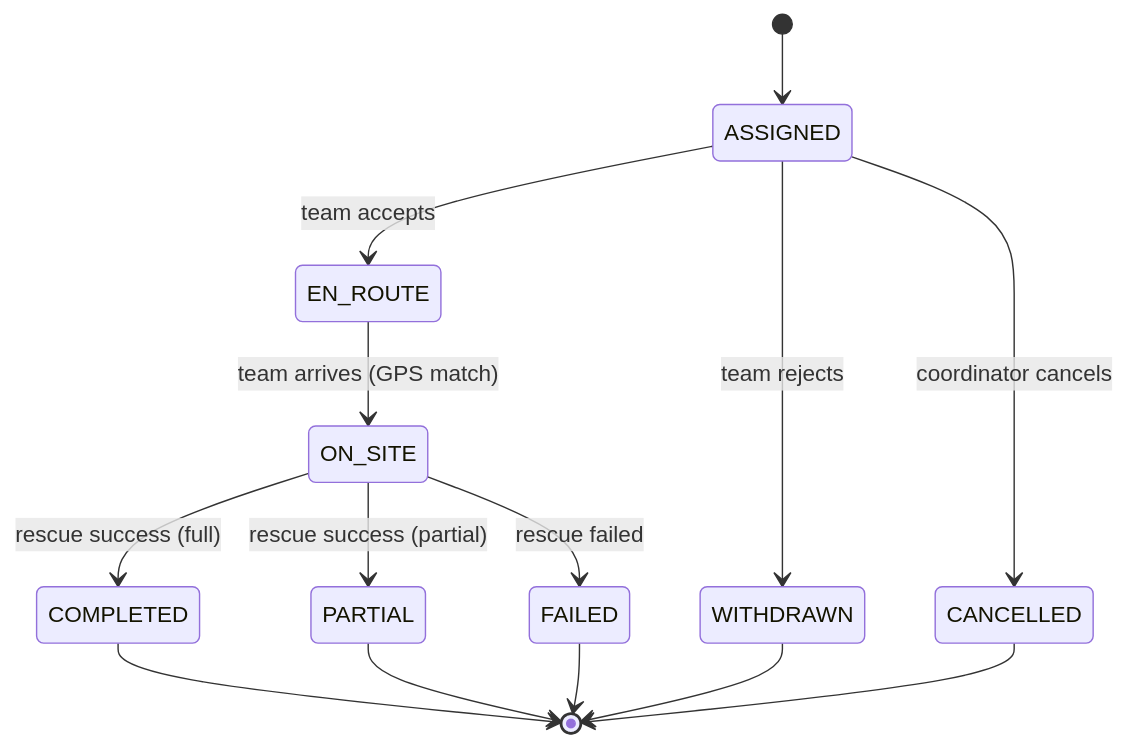
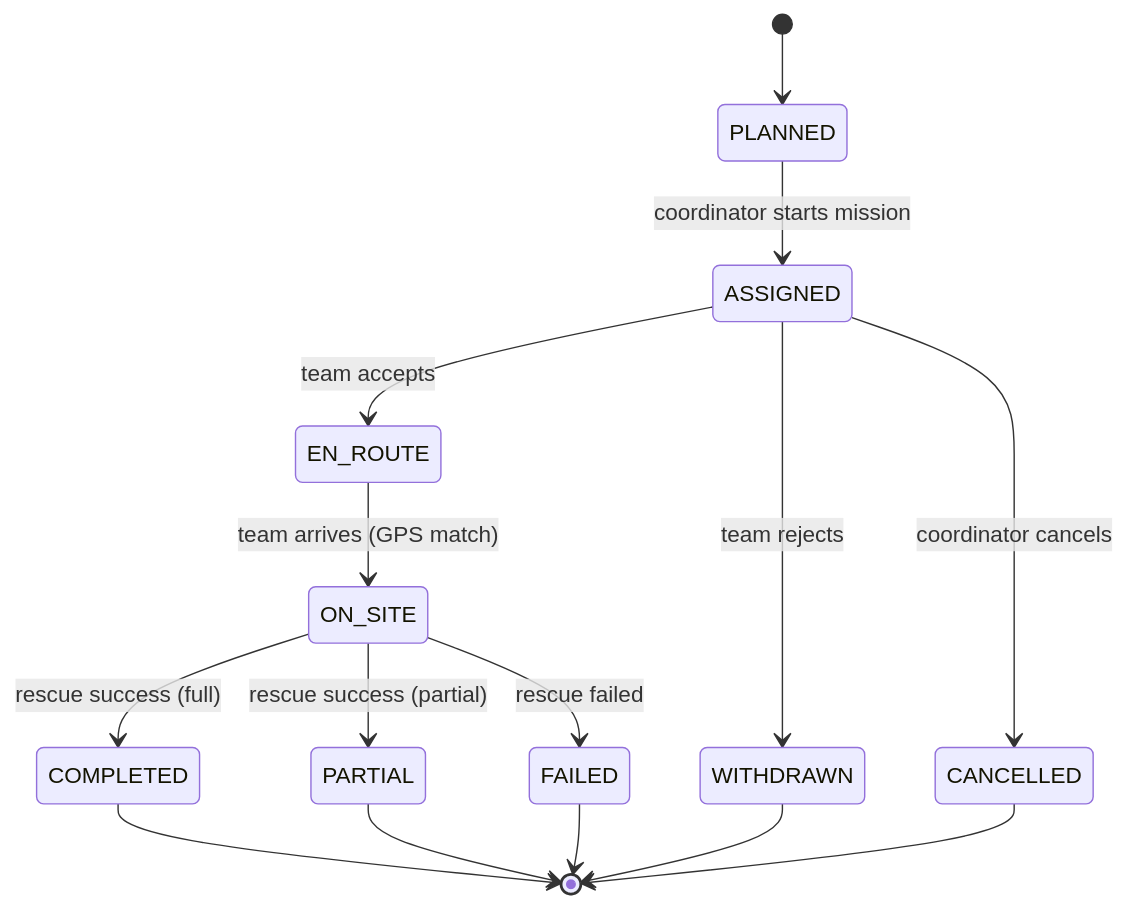
One commit to phuonganh1609/flood_rescue changed the second of 7 diagrams in docs/flows/Rescue_flow_2.2.md. Above: the diagram before and after it, drawn with Mermaid. The commit also changed other lines of this file and 18 other files, not shown here.

Commit message:
docs: sửa lại docs để làm lại luồng cho mission: ERD, flows, API,...

````diff
--- a/docs/flows/Rescue_flow_2.2.md
+++ b/docs/flows/Rescue_flow_2.2.md
@@ -213,21 +217,23 @@
 ```mermaid
 stateDiagram-v2
-    [*] --> ASSIGNED
+    [*] --> PLANNED
+
+    PLANNED --> ASSIGNED : coordinator starts mission
 
     ASSIGNED --> EN_ROUTE : team accepts
     ASSIGNED --> WITHDRAWN : team rejects
 
     EN_ROUTE --> ON_SITE : team arrives (GPS match)
 
     ON_SITE --> COMPLETED : rescue success (full)
     ON_SITE --> PARTIAL : rescue success (partial)
     ON_SITE --> FAILED : rescue failed
 
     ASSIGNED --> CANCELLED : coordinator cancels
 
     COMPLETED --> [*]
     PARTIAL --> [*]
     FAILED --> [*]
     WITHDRAWN --> [*]
     CANCELLED --> [*]
 ```
````
